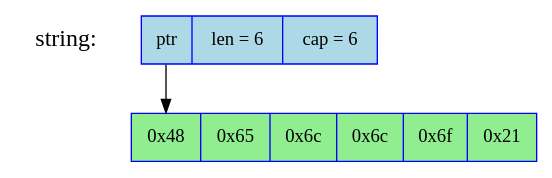
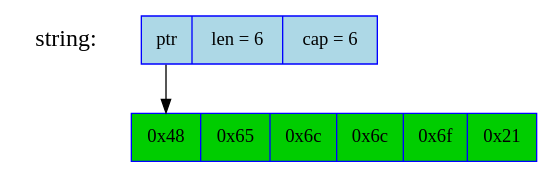
Before and after one commit to ferrous-systems/rust-training: the seventh of 7 diagrams in training-slides/src/collections.md, drawn with Graphviz. The commit also changed other lines of this file and 7 other files, not shown here.

````diff
--- a/training-slides/src/collections.md
+++ b/training-slides/src/collections.md
@@ -244,14 +244,14 @@
 ```dot process
 digraph {
     node [shape=plaintext, fontcolor=black, fontsize=18];
     "string:" [color=white];
 
     node [shape=record, fontcolor=black, fontsize=14, width=3];
-    _inner [label="<f0> 0x48 | 0x65 | 0x6c | 0x6c | 0x6f | 0x21", color=blue, fillcolor=lightgreen, style=filled];
+    _inner [label="<f0> 0x48 | 0x65 | 0x6c | 0x6c | 0x6f | 0x21", color=blue, fillcolor=green3, style=filled];
     node [shape=record, fontcolor=black, fontsize=14, width=2];
     string [label="<p0> ptr | len = 6 | cap = 6", color=blue, fillcolor=lightblue, style=filled];
     string:p0 -> _inner:f0;
 
     { rank=same; "string:"; string }
 }
 ```
````
